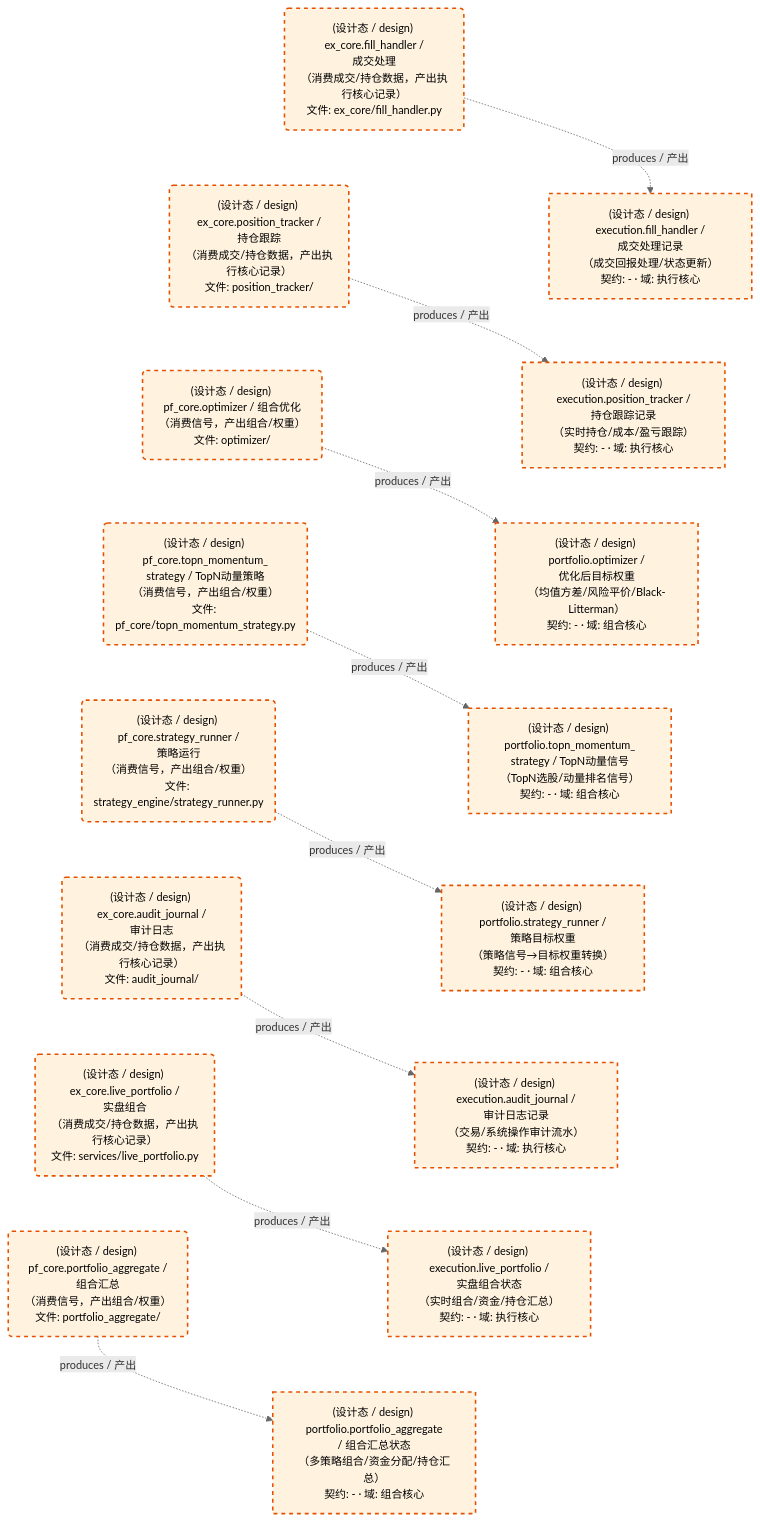
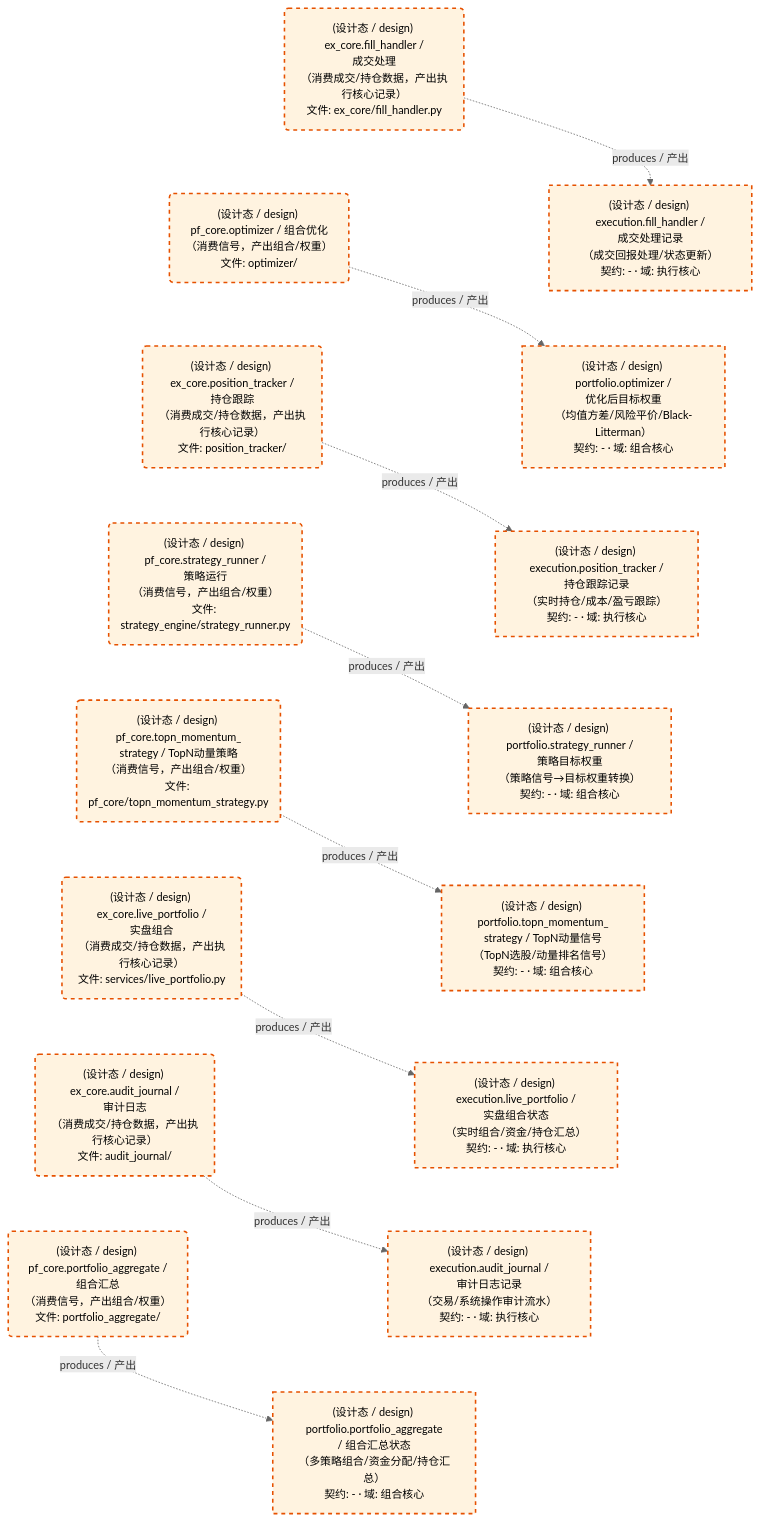
One commit to xuanFelixVan/ZephyrAlpha changed the third of 3 diagrams in docs/02_enterprise_architecture/05_dataflow_architecture/d_ex_pf_core.md. Above: the diagram before and after it, drawn with Mermaid. The commit also changed other lines of this file and 106 other files, not shown here.

````diff
--- a/docs/02_enterprise_architecture/05_dataflow_architecture/d_ex_pf_core.md
+++ b/docs/02_enterprise_architecture/05_dataflow_architecture/d_ex_pf_core.md
@@ -144,47 +144,47 @@
 ```mermaid
 %%{init: {'theme': 'base', 'themeVariables': {'primaryColor': '#eaeaea', 'primaryTextColor': '#333333', 'primaryBorderColor': '#666666', 'lineColor': '#666666', 'secondaryColor': '#eaeaea', 'tertiaryColor': '#eaeaea', 'clusterBkg': 'transparent', 'clusterBorder': 'transparent', 'fontSize': '14px'}}}%%
 flowchart TD
     DS11263["(设计态 / design) execution.audit_journal /<br/>审计日志记录<br/>（交易/系统操作审计流水）<br/>契约: - · 域: 执行核心"]
     DS11264["(设计态 / design) execution.fill_handler /<br/>成交处理记录<br/>（成交回报处理/状态更新）<br/>契约: - · 域: 执行核心"]
     DS11266["(设计态 / design) execution.live_portfolio /<br/>实盘组合状态<br/>（实时组合/资金/持仓汇总）<br/>契约: - · 域: 执行核心"]
     DS11265["(设计态 / design) execution.position_tracker /<br/>持仓跟踪记录<br/>（实时持仓/成本/盈亏跟踪）<br/>契约: - · 域: 执行核心"]
     DS11267["(设计态 / design) portfolio.optimizer /<br/>优化后目标权重<br/>（均值方差/风险平价/Black-Litterman）<br/>契约: - · 域: 组合核心"]
     DS11268["(设计态 / design) portfolio.portfolio_aggregate<br/>/ 组合汇总状态<br/>（多策略组合/资金分配/持仓汇总）<br/>契约: - · 域: 组合核心"]
     DS11269["(设计态 / design) portfolio.strategy_runner /<br/>策略目标权重<br/>（策略信号→目标权重转换）<br/>契约: - · 域: 组合核心"]
     DS11270["(设计态 / design) portfolio.topn_momentum_<br/>strategy / TopN动量信号<br/>（TopN选股/动量排名信号）<br/>契约: - · 域: 组合核心"]
     JOB757627("(设计态 / design) ex_core.audit_journal /<br/>审计日志<br/>（消费成交/持仓数据，产出执行核心记录）<br/>文件: audit_journal/")
     JOB757628("(设计态 / design) ex_core.fill_handler /<br/>成交处理<br/>（消费成交/持仓数据，产出执行核心记录）<br/>文件: ex_core/fill_handler.py")
     JOB757630("(设计态 / design) ex_core.live_portfolio /<br/>实盘组合<br/>（消费成交/持仓数据，产出执行核心记录）<br/>文件: services/live_portfolio.py")
     JOB757629("(设计态 / design) ex_core.position_tracker /<br/>持仓跟踪<br/>（消费成交/持仓数据，产出执行核心记录）<br/>文件: position_tracker/")
     JOB757631("(设计态 / design) pf_core.optimizer / 组合优化<br/>（消费信号，产出组合/权重）<br/>文件: optimizer/")
     JOB757632("(设计态 / design) pf_core.portfolio_aggregate /<br/>组合汇总<br/>（消费信号，产出组合/权重）<br/>文件: portfolio_aggregate/")
     JOB757633("(设计态 / design) pf_core.strategy_runner /<br/>策略运行<br/>（消费信号，产出组合/权重）<br/>文件: strategy_engine/strategy_runner.py")
     JOB757634("(设计态 / design) pf_core.topn_momentum_<br/>strategy / TopN动量策略<br/>（消费信号，产出组合/权重）<br/>文件: pf_core/topn_momentum_strategy.py")
     JOB757627 -.->|produces / 产出| DS11263
     JOB757628 -.->|produces / 产出| DS11264
     JOB757629 -.->|produces / 产出| DS11265
     JOB757630 -.->|produces / 产出| DS11266
     JOB757631 -.->|produces / 产出| DS11267
     JOB757632 -.->|produces / 产出| DS11268
     JOB757633 -.->|produces / 产出| DS11269
     JOB757634 -.->|produces / 产出| DS11270
-    JOB757628 ~~~ JOB757629
-    JOB757629 ~~~ JOB757631
-    JOB757631 ~~~ JOB757634
-    JOB757634 ~~~ JOB757633
-    JOB757633 ~~~ JOB757627
-    JOB757627 ~~~ JOB757630
-    JOB757630 ~~~ JOB757632
-    DS11264 ~~~ DS11265
-    DS11265 ~~~ DS11267
-    DS11267 ~~~ DS11270
-    DS11270 ~~~ DS11269
-    DS11269 ~~~ DS11263
-    DS11263 ~~~ DS11266
-    DS11266 ~~~ DS11268
+    JOB757628 ~~~ JOB757631
+    JOB757631 ~~~ JOB757629
+    JOB757629 ~~~ JOB757633
+    JOB757633 ~~~ JOB757634
+    JOB757634 ~~~ JOB757630
+    JOB757630 ~~~ JOB757627
+    JOB757627 ~~~ JOB757632
+    DS11264 ~~~ DS11267
+    DS11267 ~~~ DS11265
+    DS11265 ~~~ DS11269
+    DS11269 ~~~ DS11270
+    DS11270 ~~~ DS11266
+    DS11266 ~~~ DS11263
+    DS11263 ~~~ DS11268
     classDef production fill:#e1f5fe,stroke:#01579b,stroke-width:2px,color:#000
     classDef design fill:#fff3e0,stroke:#e65100,stroke-width:2px,color:#000,stroke-dasharray: 5 5
     classDef external_prod fill:#e8f4fd,stroke:#0277bd,stroke-width:1px,color:#000
     classDef external_design fill:#fff8e7,stroke:#ef6c00,stroke-width:1px,color:#000,stroke-dasharray: 5 5
     class DS11263,DS11264,DS11266,DS11265,DS11267,DS11268,DS11269,DS11270,JOB757627,JOB757628,JOB757630,JOB757629,JOB757631,JOB757632,JOB757633,JOB757634 design
 ```
````
